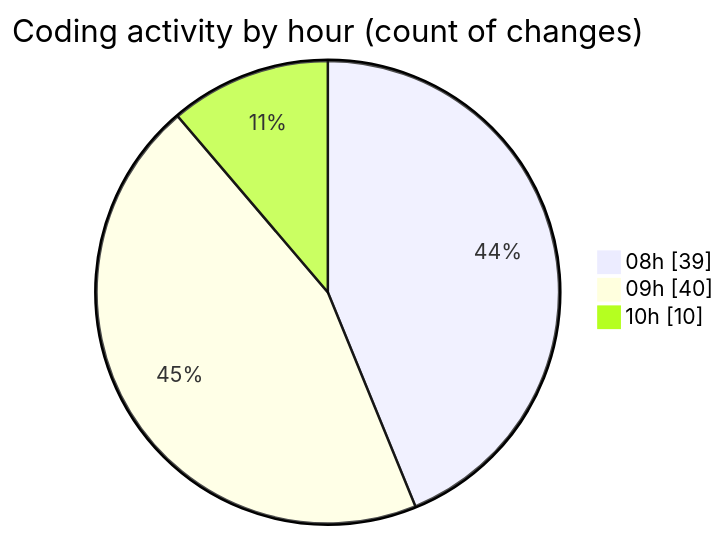
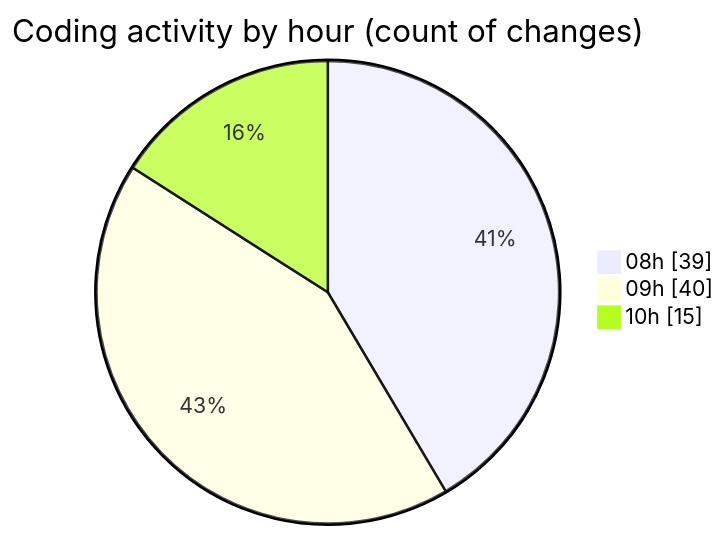
Before and after one commit to CELIANVF/code-tracking: the second of 2 diagrams in 2025-05-16/ecodeli-1/README.md, drawn with Mermaid. The commit also changed other lines of this file and 1 other file, not shown here.

````diff
--- a/2025-05-16/ecodeli-1/README.md
+++ b/2025-05-16/ecodeli-1/README.md
@@ -60,7 +60,7 @@
 ```mermaid
 pie showData
 title Coding activity by hour (count of changes)
 "08h" : 39
 "09h" : 40
-"10h" : 10
+"10h" : 15
 ```
````
